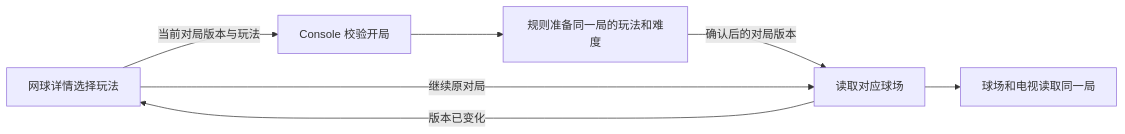
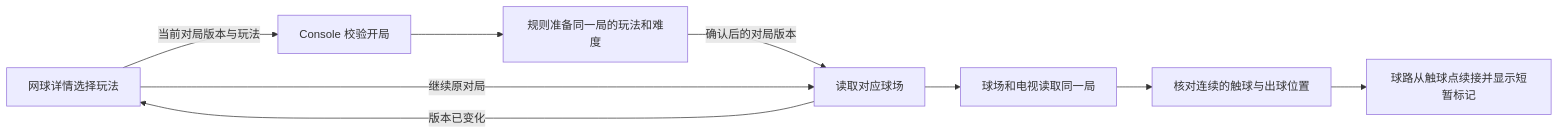
One commit to Geeprox/Friday changed diagram 16 of 35 in docs/architecture.md. Above: the diagram before and after it, drawn with Mermaid. The commit also changed other lines of this file and 8 other files, not shown here.

````diff
--- a/docs/architecture.md
+++ b/docs/architecture.md
@@ -391,9 +391,11 @@
 ```mermaid
 flowchart LR
   A[网球详情选择玩法] -->|当前对局版本与玩法| B[Console 校验开局]
   B --> C[规则准备同一局的玩法和难度]
   C -->|确认后的对局版本| D[读取对应球场]
   D --> E[球场和电视读取同一局]
+  E --> F[核对连续的触球与出球位置]
+  F --> G[球路从触球点续接并显示短暂标记]
   A -->|继续原对局| D
   D -->|版本已变化| A
 ```
````
